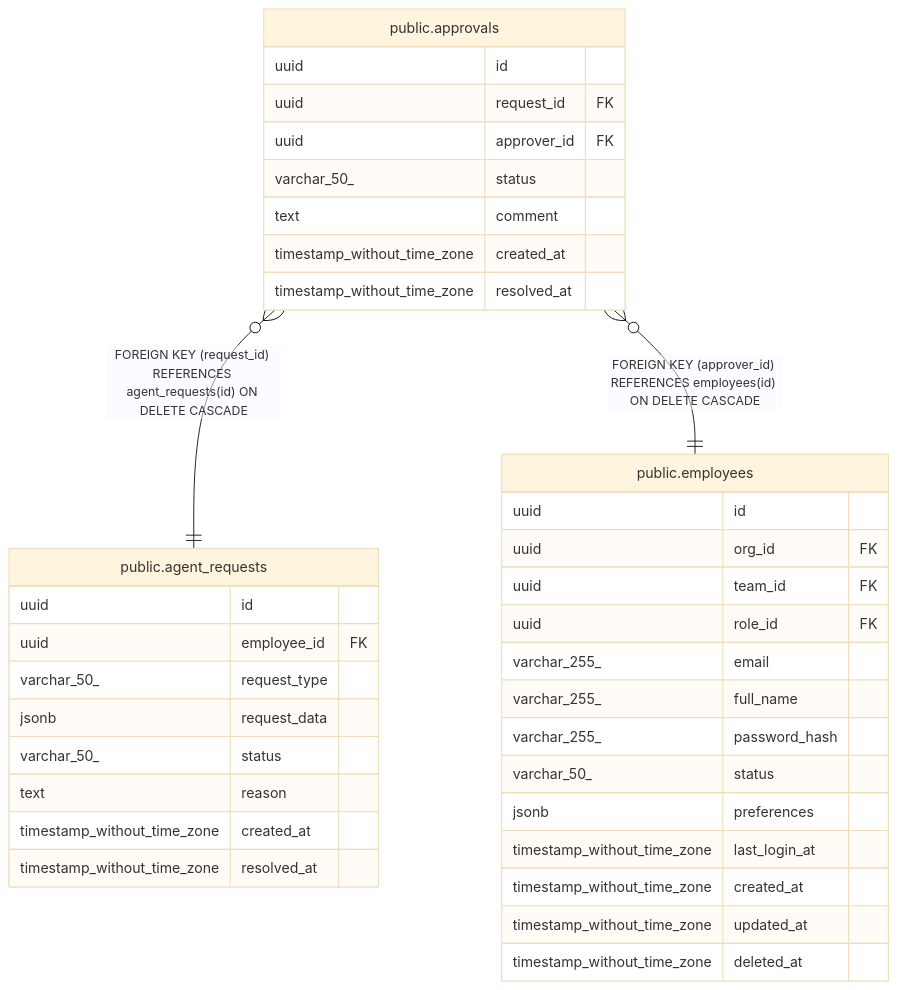
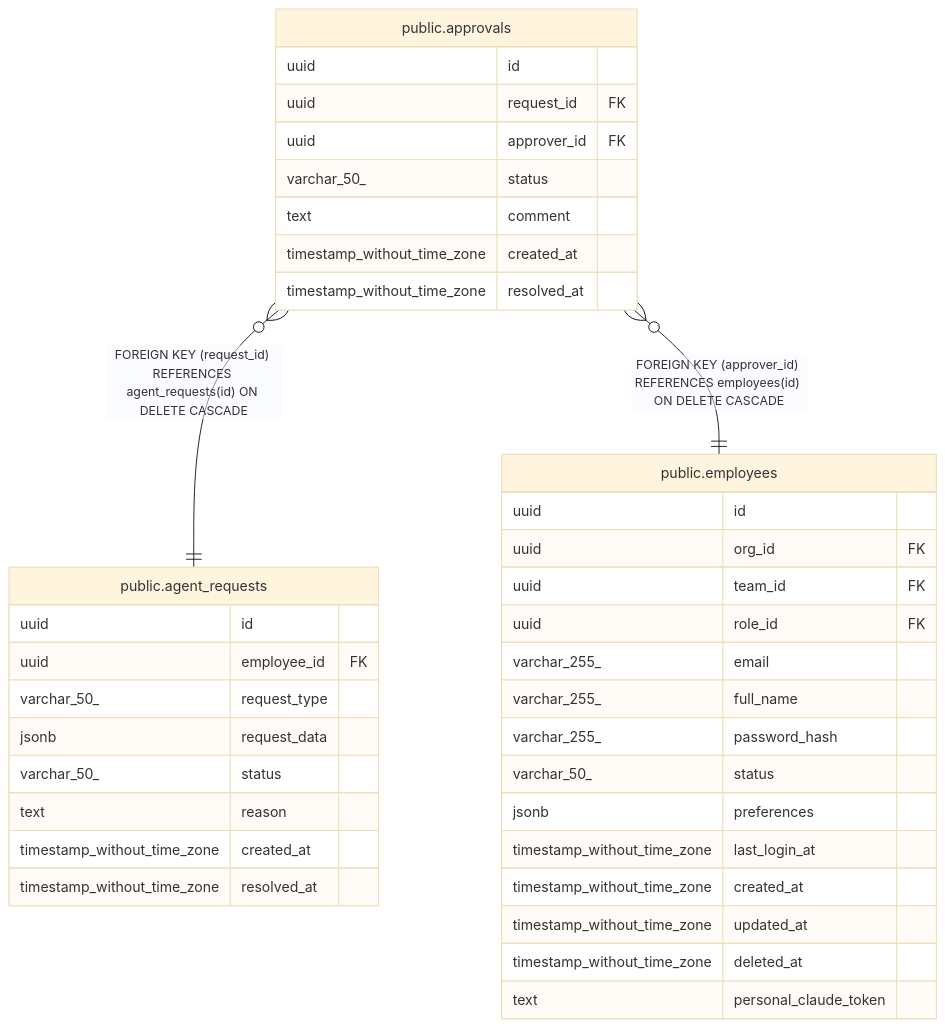
Before and after one commit to rastrigin-systems/arfa: the diagram in docs/public.approvals.md, drawn with Mermaid (base theme). The commit also changed 50 other files, not shown here.

````diff
--- a/docs/public.approvals.md
+++ b/docs/public.approvals.md
@@ -35,41 +35,42 @@
 ```mermaid
 erDiagram
 
 "public.approvals" }o--|| "public.agent_requests" : "FOREIGN KEY (request_id) REFERENCES agent_requests(id) ON DELETE CASCADE"
 "public.approvals" }o--|| "public.employees" : "FOREIGN KEY (approver_id) REFERENCES employees(id) ON DELETE CASCADE"
 
 "public.approvals" {
   uuid id
   uuid request_id FK
   uuid approver_id FK
   varchar_50_ status
   text comment
   timestamp_without_time_zone created_at
   timestamp_without_time_zone resolved_at
 }
 "public.agent_requests" {
   uuid id
   uuid employee_id FK
   varchar_50_ request_type
   jsonb request_data
   varchar_50_ status
   text reason
   timestamp_without_time_zone created_at
   timestamp_without_time_zone resolved_at
 }
 "public.employees" {
   uuid id
   uuid org_id FK
   uuid team_id FK
   uuid role_id FK
   varchar_255_ email
   varchar_255_ full_name
   varchar_255_ password_hash
   varchar_50_ status
   jsonb preferences
   timestamp_without_time_zone last_login_at
   timestamp_without_time_zone created_at
   timestamp_without_time_zone updated_at
   timestamp_without_time_zone deleted_at
+  text personal_claude_token
 }
 ```
````
